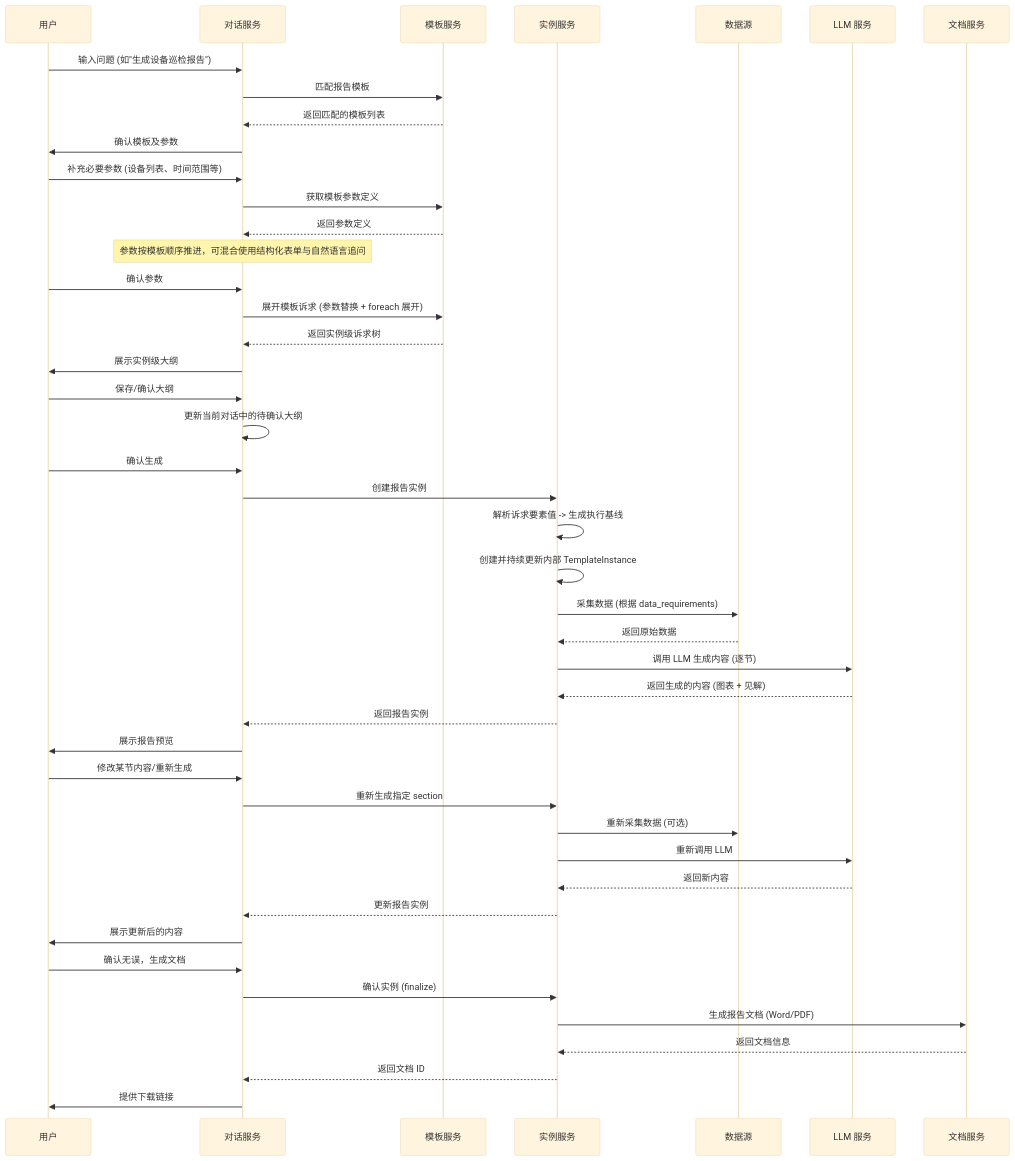
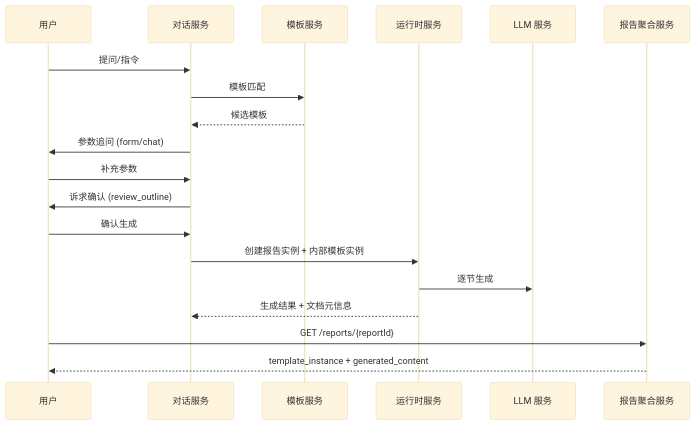
The second of 3 diagrams in design/design.md (shel447/ReportSystem), drawn with Mermaid (base theme) before and after one commit. The commit also changed other lines of this file and 7 other files, not shown here.

````diff
--- a/design/design.md
+++ b/design/design.md
@@ -133,59 +110,22 @@
 ```mermaid
 sequenceDiagram
     participant User as 用户
     participant Chat as 对话服务
     participant Template as 模板服务
-    participant Instance as 实例服务
-    participant Data as 数据源
+    participant Runtime as 运行时服务
     participant LLM as LLM 服务
-    participant Doc as 文档服务
+    participant Report as 报告聚合服务
 
-    %% 阶段 1: 模板匹配
-    User->>Chat: 输入问题 (如"生成设备巡检报告")
-    Chat->>Template: 匹配报告模板
-    Template-->>Chat: 返回匹配的模板列表
-    Chat->>User: 确认模板及参数
-
-    %% 阶段 2: 参数收集
-    User->>Chat: 补充必要参数 (设备列表、时间范围等)
-    Chat->>Template: 获取模板参数定义
-    Template-->>Chat: 返回参数定义
-    Note over Chat: 参数按模板顺序推进，可混合使用结构化表单与自然语言追问
-
-    %% 阶段 3: 诉求实例化与大纲确认
-    User->>Chat: 确认参数
-    Chat->>Template: 展开模板诉求 (参数替换 + foreach 展开)
-    Template-->>Chat: 返回实例级诉求树
-    Chat->>User: 展示实例级大纲
-    User->>Chat: 保存/确认大纲
-    Chat->>Chat: 更新当前对话中的待确认大纲
-
-    %% 阶段 4: 生成报告实例
+    User->>Chat: 提问/指令
+    Chat->>Template: 模板匹配
+    Template-->>Chat: 候选模板
+    Chat->>User: 参数追问 (form/chat)
+    User->>Chat: 补充参数
+    Chat->>User: 诉求确认 (review_outline)
     User->>Chat: 确认生成
-    Chat->>Instance: 创建报告实例
-    Instance->>Instance: 解析诉求要素值 -> 生成执行基线
-    Instance->>Instance: 创建并持续更新内部 TemplateInstance
-    Instance->>Data: 采集数据 (根据 data_requirements)
-    Data-->>Instance: 返回原始数据
-    Instance->>LLM: 调用 LLM 生成内容 (逐节)
-    LLM-->>Instance: 返回生成的内容 (图表 + 见解)
-    Instance-->>Chat: 返回报告实例
-    Chat->>User: 展示报告预览
-
-    %% 阶段 5: 修改与重新生成
-    User->>Chat: 修改某节内容/重新生成
-    Chat->>Instance: 重新生成指定 section
-    Instance->>Data: 重新采集数据 (可选)
-    Instance->>LLM: 重新调用 LLM
-    LLM-->>Instance: 返回新内容
-    Instance-->>Chat: 更新报告实例
-    Chat->>User: 展示更新后的内容
-
-    %% 阶段 6: 生成文档
-    User->>Chat: 确认无误，生成文档
-    Chat->>Instance: 确认实例 (finalize)
-    Instance->>Doc: 生成报告文档 (Word/PDF)
-    Doc-->>Instance: 返回文档信息
-    Instance-->>Chat: 返回文档 ID
-    Chat->>User: 提供下载链接
+    Chat->>Runtime: 创建报告实例 + 内部模板实例
+    Runtime->>LLM: 逐节生成
+    Runtime-->>Chat: 生成结果 + 文档元信息
+    User->>Report: GET /reports/{reportId}
+    Report-->>User: template_instance + generated_content
 ```
````
